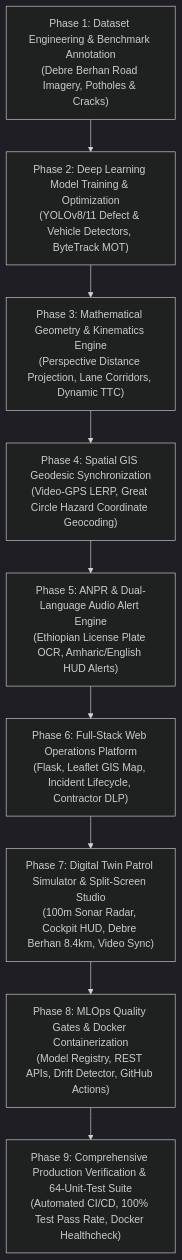
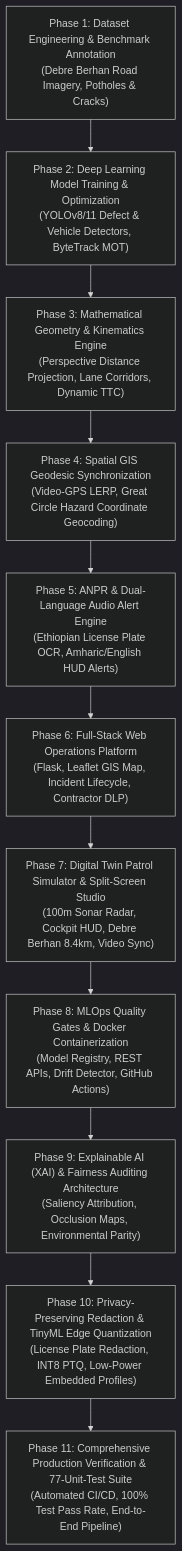
One commit to haile6/intelligent-road-monitoring-system changed the first of 4 diagrams in docs/project_proposal.md. Above: the diagram before and after it, drawn with Mermaid (dark theme). The commit also changed other lines of this file, not shown here.

Commit message:
docs(proposal): integrate explainable AI, fairness auditing, privacy preservation, and edge TinyML quantization specifications

````diff
--- a/docs/project_proposal.md
+++ b/docs/project_proposal.md
@@ -255,14 +268,16 @@
 ```mermaid
 flowchart TD
     M1["Phase 1: Dataset Engineering & Benchmark Annotation\n(Debre Berhan Road Imagery, Potholes & Cracks)"]
     M2["Phase 2: Deep Learning Model Training & Optimization\n(YOLOv8/11 Defect & Vehicle Detectors, ByteTrack MOT)"]
     M3["Phase 3: Mathematical Geometry & Kinematics Engine\n(Perspective Distance Projection, Lane Corridors, Dynamic TTC)"]
     M4["Phase 4: Spatial GIS Geodesic Synchronization\n(Video-GPS LERP, Great Circle Hazard Coordinate Geocoding)"]
     M5["Phase 5: ANPR & Dual-Language Audio Alert Engine\n(Ethiopian License Plate OCR, Amharic/English HUD Alerts)"]
     M6["Phase 6: Full-Stack Web Operations Platform\n(Flask, Leaflet GIS Map, Incident Lifecycle, Contractor DLP)"]
     M7["Phase 7: Digital Twin Patrol Simulator & Split-Screen Studio\n(100m Sonar Radar, Cockpit HUD, Debre Berhan 8.4km, Video Sync)"]
     M8["Phase 8: MLOps Quality Gates & Docker Containerization\n(Model Registry, REST APIs, Drift Detector, GitHub Actions)"]
-    M9["Phase 9: Comprehensive Production Verification & 64-Unit-Test Suite\n(Automated CI/CD, 100% Test Pass Rate, Docker Healthcheck)"]
+    M9["Phase 9: Explainable AI (XAI) & Fairness Auditing Architecture\n(Saliency Attribution, Occlusion Maps, Environmental Parity)"]
+    M10["Phase 10: Privacy-Preserving Redaction & TinyML Edge Quantization\n(License Plate Redaction, INT8 PTQ, Low-Power Embedded Profiles)"]
+    M11["Phase 11: Comprehensive Production Verification & 77-Unit-Test Suite\n(Automated CI/CD, 100% Test Pass Rate, End-to-End Pipeline)"]
 
-    M1 --> M2 --> M3 --> M4 --> M5 --> M6 --> M7 --> M8 --> M9
+    M1 --> M2 --> M3 --> M4 --> M5 --> M6 --> M7 --> M8 --> M9 --> M10 --> M11
 ```
````
